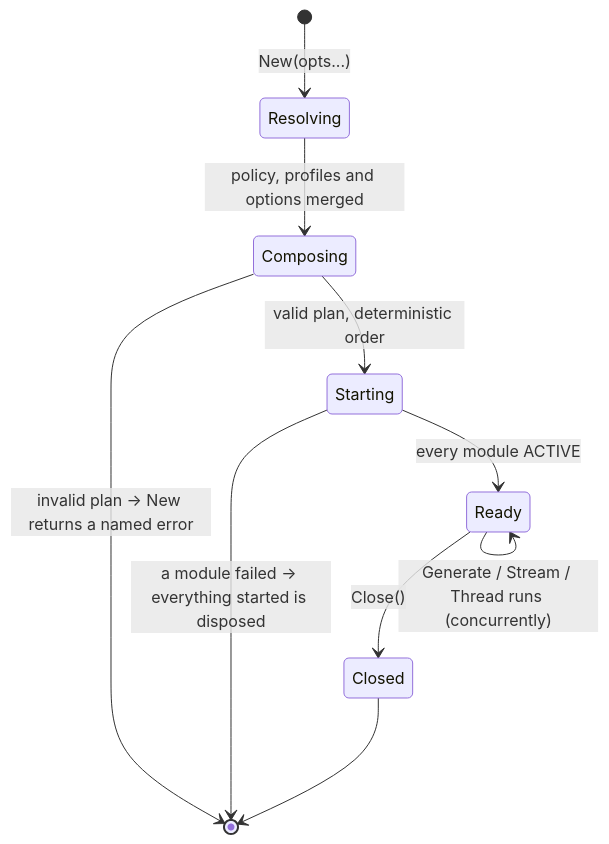
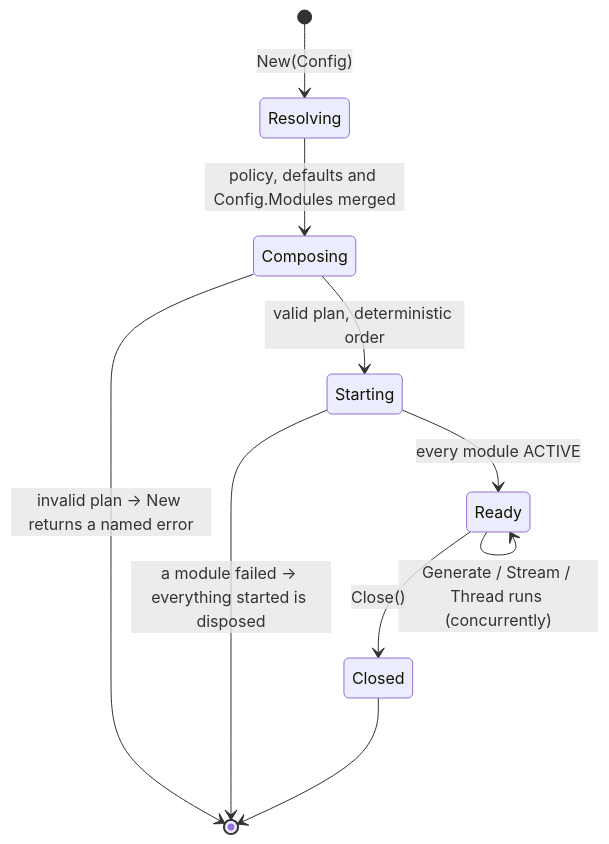
One commit to ganeshdipdumbare/eipagent changed the first of 4 diagrams in README.md. Above: the diagram before and after it, drawn with Mermaid. The commit also changed other lines of this file and 143 other files, not shown here.

First line of the commit message:
refactor: one Config/Run API, no functional options (#16)

````diff
--- a/README.md
+++ b/README.md
@@ -419,12 +417,12 @@
 ```mermaid
 stateDiagram-v2
-    [*] --> Resolving: New(opts...)
-    Resolving --> Composing: policy, profiles and options merged
+    [*] --> Resolving: New(Config)
+    Resolving --> Composing: policy, defaults and Config.Modules merged
     Composing --> [*]: invalid plan → New returns a named error
     Composing --> Starting: valid plan, deterministic order
     Starting --> [*]: a module failed → everything started is disposed
     Starting --> Ready: every module ACTIVE
     Ready --> Ready: Generate / Stream / Thread runs (concurrently)
     Ready --> Closed: Close()
     Closed --> [*]
 ```
````
